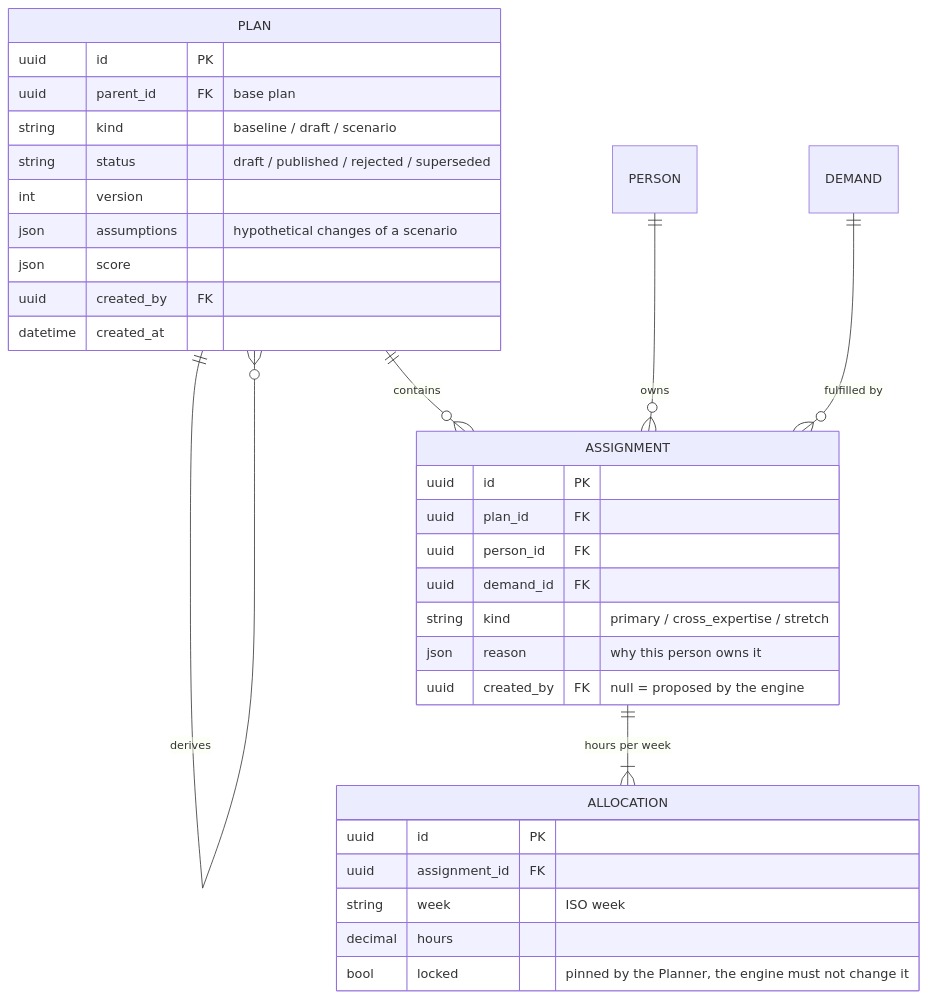
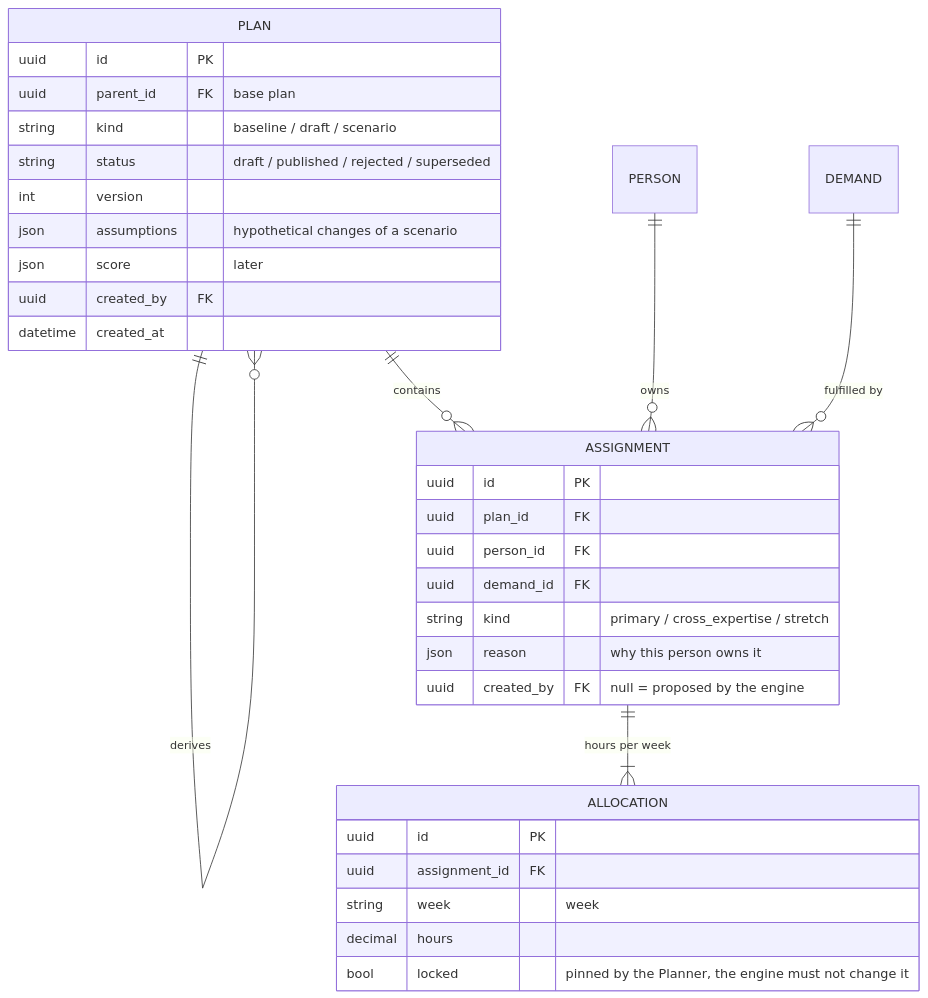
Before and after one commit to dophnamm/the-slot-finder: the seventh of 14 diagrams in README.md, drawn with Mermaid. The commit also changed other lines of this file and 21 other files, not shown here.

First line of the commit message:
docs: match the READMEs, specs and diagrams to the code

````diff
--- a/README.md
+++ b/README.md
@@ -423,36 +427,36 @@
 ```mermaid
 erDiagram
   PLAN ||--o{ PLAN : derives
   PLAN ||--o{ ASSIGNMENT : contains
   PERSON ||--o{ ASSIGNMENT : owns
   DEMAND ||--o{ ASSIGNMENT : "fulfilled by"
   ASSIGNMENT ||--|{ ALLOCATION : "hours per week"
 
   PLAN {
     uuid id PK
     uuid parent_id FK "base plan"
     string kind "baseline / draft / scenario"
     string status "draft / published / rejected / superseded"
     int version
     json assumptions "hypothetical changes of a scenario"
-    json score
+    json score "later"
     uuid created_by FK
     datetime created_at
   }
   ASSIGNMENT {
     uuid id PK
     uuid plan_id FK
     uuid person_id FK
     uuid demand_id FK
     string kind "primary / cross_expertise / stretch"
     json reason "why this person owns it"
     uuid created_by FK "null = proposed by the engine"
   }
   ALLOCATION {
     uuid id PK
     uuid assignment_id FK
-    string week "ISO week"
+    string week "week"
     decimal hours
     bool locked "pinned by the Planner, the engine must not change it"
   }
 ```
````
